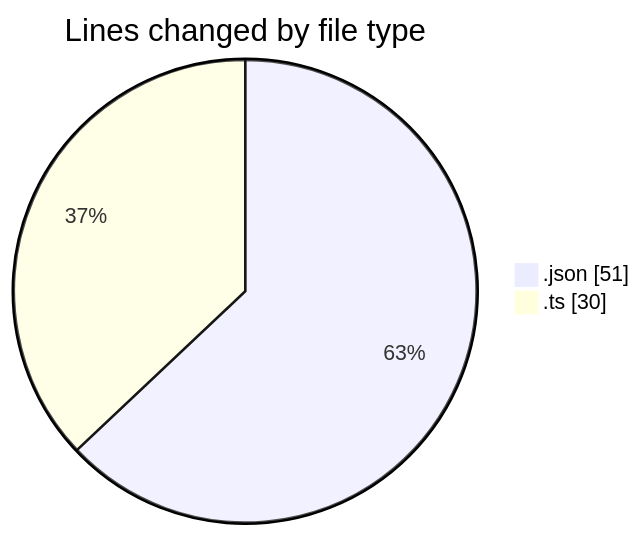
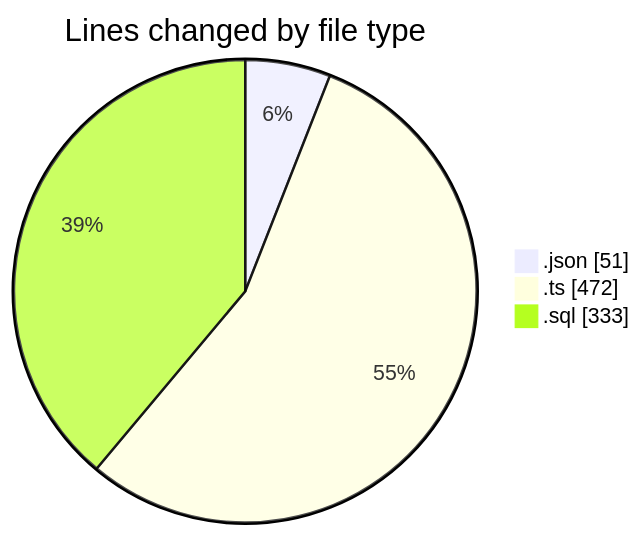
One commit to FixMe24/code-tracking changed the first of 2 diagrams in 2025-05-19/fixme24/README.md. Above: the diagram before and after it, drawn with Mermaid. The commit also changed other lines of this file and 1 other file, not shown here.

````diff
--- a/2025-05-19/fixme24/README.md
+++ b/2025-05-19/fixme24/README.md
@@ -21,6 +23,7 @@
 ```mermaid
 pie showData
 title Lines changed by file type
 ".json" : 51
-".ts" : 30
+".ts" : 472
+".sql" : 333
 ```
````
